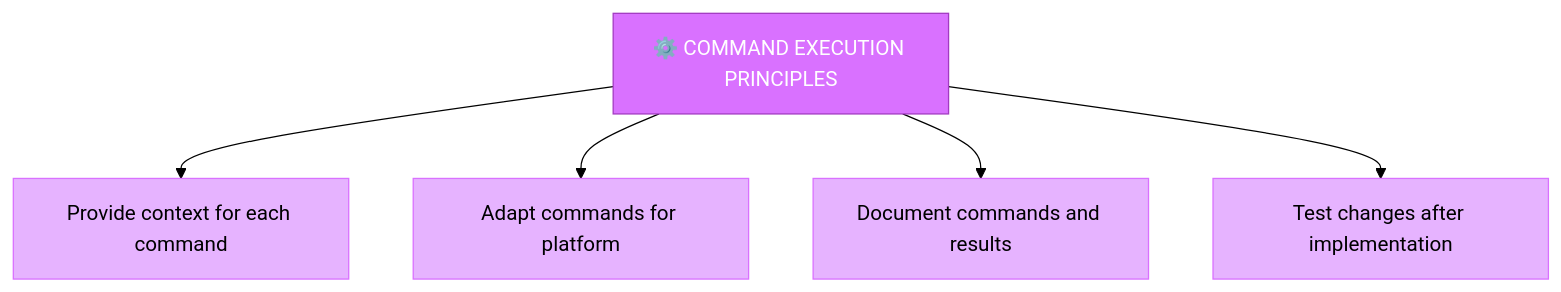
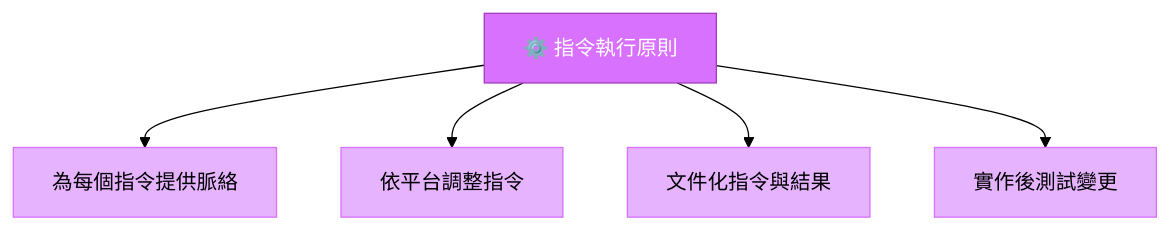
The fifth of 6 diagrams in 中文化/custom_modes/implement_instructions.md (chenjackle45/cursor-memory-bank-chinese), drawn with Mermaid (forest theme) before and after one commit. The commit also changed other lines of this file and 5 other files, not shown here.

Commit message:
Translate and update documentation for Reflect+Archive and VAN modes to enhance clarity and accessibility for users. Adjusted flowcharts and verification checklists to reflect changes in the development process.

````diff
--- a/中文化/custom_modes/implement_instructions.md
+++ b/中文化/custom_modes/implement_instructions.md
@@ -206,13 +213,13 @@
 ```mermaid
 graph TD
-    CEP["⚙️ COMMAND EXECUTION PRINCIPLES"] --> Context["Provide context for each command"]
-    CEP --> Platform["Adapt commands for platform"]
-    CEP --> Documentation["Document commands and results"]
-    CEP --> Testing["Test changes after implementation"]
-    
+    CEP["⚙️ 指令執行原則"] --> Context["為每個指令提供脈絡"]
+    CEP --> Platform["依平台調整指令"]
+    CEP --> Documentation["文件化指令與結果"]
+    CEP --> Testing["實作後測試變更"]
+
     style CEP fill:#d971ff,stroke:#a33bc2,color:white
     style Context fill:#e6b3ff,stroke:#d971ff,color:black
     style Platform fill:#e6b3ff,stroke:#d971ff,color:black
     style Documentation fill:#e6b3ff,stroke:#d971ff,color:black
     style Testing fill:#e6b3ff,stroke:#d971ff,color:black
 ```
````
